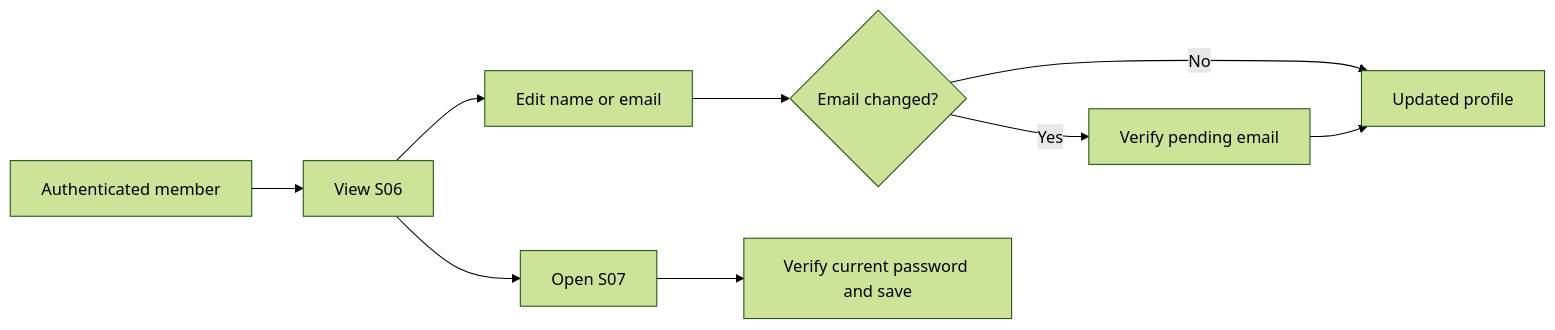
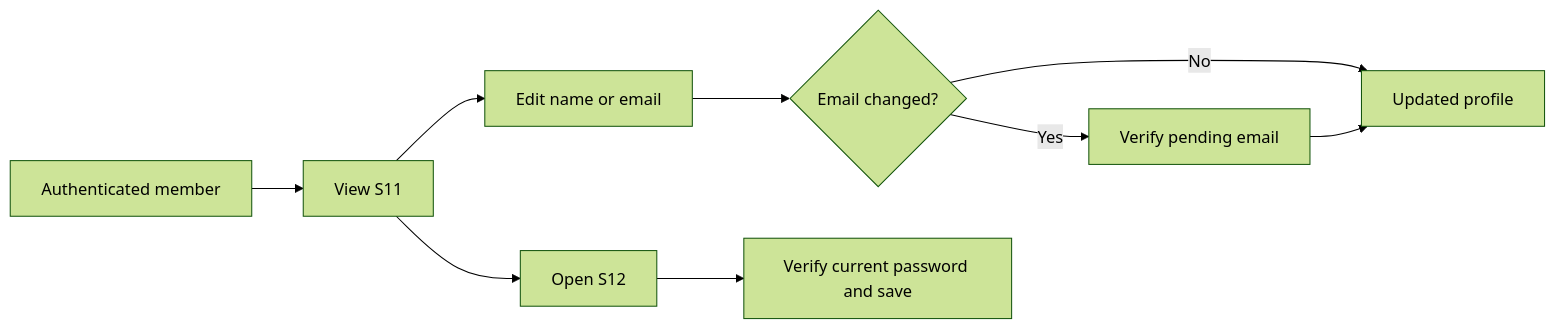
The first of 2 diagrams in docs/spec/specs/spec-MFG-02.md (ankhanhwork/weavelink-project), drawn with Mermaid (forest theme) before and after one commit. The commit also changed other lines of this file and 235 other files, not shown here.

````diff
--- a/docs/spec/specs/spec-MFG-02.md
+++ b/docs/spec/specs/spec-MFG-02.md
@@ -66,11 +66,11 @@
 ```mermaid
 flowchart LR
-  Login[Authenticated member] --> View[View S06]
+  Login[Authenticated member] --> View[View S11]
   View --> Edit[Edit name or email]
   Edit --> Save{Email changed?}
   Save -->|No| Updated[Updated profile]
   Save -->|Yes| Verify[Verify pending email]
   Verify --> Updated
-  View --> Password[Open S07]
+  View --> Password[Open S12]
   Password --> Changed[Verify current password and save]
 ```
````
